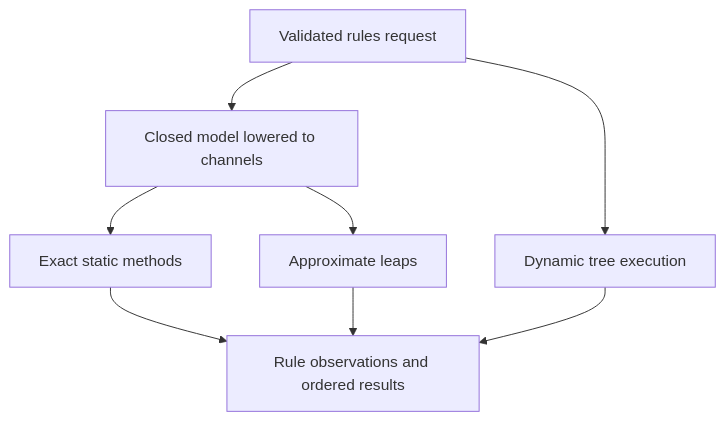
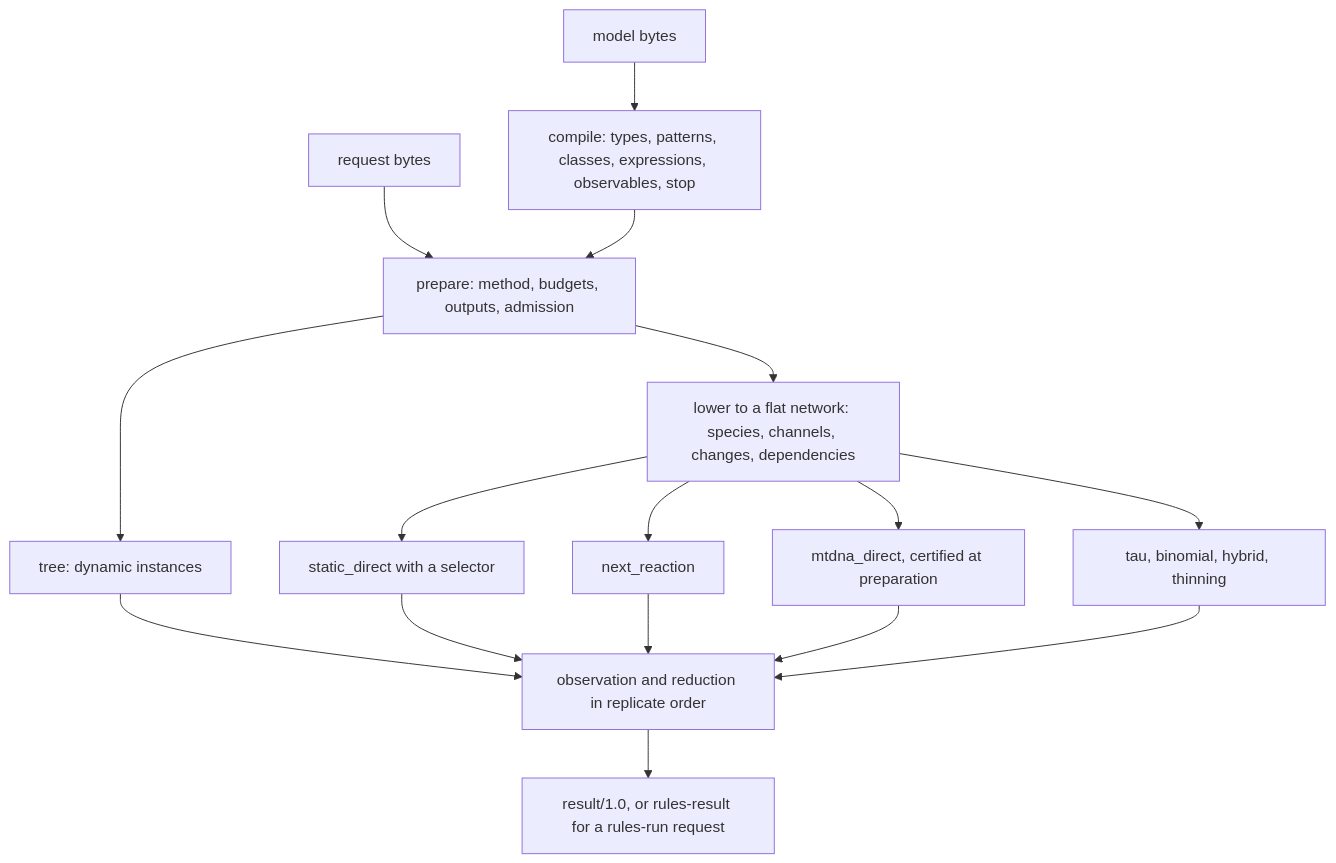
The second of 3 diagrams in docs/architecture.md (dietmarwo/CRN-craft), drawn with Mermaid before and after one commit. The commit also changed other lines of this file and 7 other files, not shown here.

First line of the commit message:
M10c: Describe the one engine in the architecture, agent and report documents

````diff
--- a/docs/architecture.md
+++ b/docs/architecture.md
@@ -93,10 +101,18 @@
 ```mermaid
 flowchart TB
-  P["Validated rules request"] --> T["Dynamic tree execution"]
-  P --> L["Closed model lowered to channels"]
-  L --> E["Exact static methods"]
-  L --> A["Approximate leaps"]
-  E --> O["Rule observations and ordered results"]
-  A --> O
-  T --> O
+  M["model bytes"] --> C["compile: types, patterns, classes, expressions, observables, stop"]
+  R["request bytes"] --> P["prepare: method, budgets, outputs, admission"]
+  C --> P
+  P --> T["tree: dynamic instances"]
+  P --> L["lower to a flat network: species, channels, changes, dependencies"]
+  L --> SD["static_direct with a selector"]
+  L --> NR["next_reaction"]
+  L --> MD["mtdna_direct, certified at preparation"]
+  L --> AP["tau, binomial, hybrid, thinning"]
+  T --> O["observation and reduction in replicate order"]
+  SD --> O
+  NR --> O
+  MD --> O
+  AP --> O
+  O --> Res["result/1.0, or rules-result for a rules-run request"]
 ```
````
